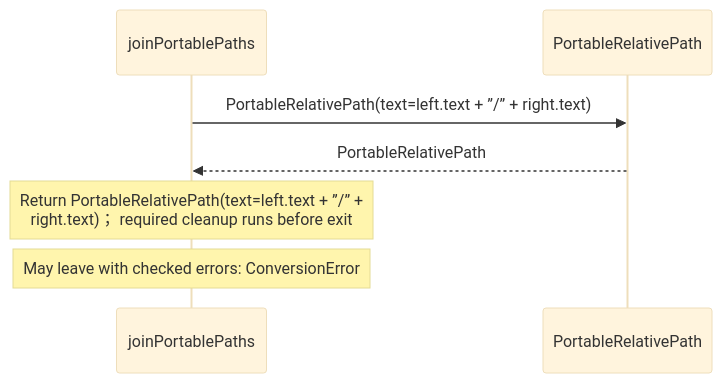
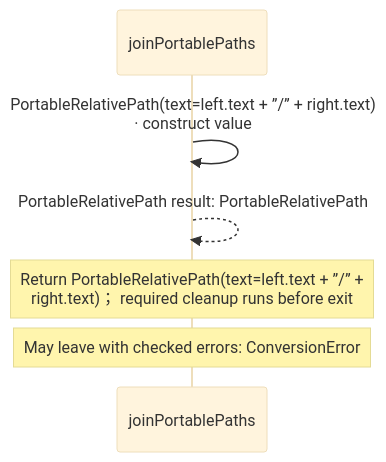
One commit to GreenPandaStudios/augscript changed the fourth of 7 diagrams in src/stdlib/values/paths.aug.diagrams.md. Above: the diagram before and after it, drawn with Mermaid (base theme). The commit also changed other lines of this file and 304 other files, not shown here.

Commit message:
Make generated data-flow sequences concise and review every diagram

````diff
--- a/src/stdlib/values/paths.aug.diagrams.md
+++ b/src/stdlib/values/paths.aug.diagrams.md
@@ -96,9 +72,9 @@
 ```mermaid
 sequenceDiagram
     participant p0 as joinPortablePaths
-    participant p1 as PortableRelativePath
-    p0->>p1: PortableRelativePath(text=left.text + ”/” + right.text)
-    p1-->>p0: PortableRelativePath
+
+    p0->>p0: PortableRelativePath(text=left.text + ”/” + right.text)<br/>· construct value
+    p0-->>p0: PortableRelativePath result: PortableRelativePath
     Note over p0: Return PortableRelativePath(text=left.text + ”/” +<br/>right.text)； required cleanup runs before exit
     Note over p0: May leave with checked errors: ConversionError
 ```
````
